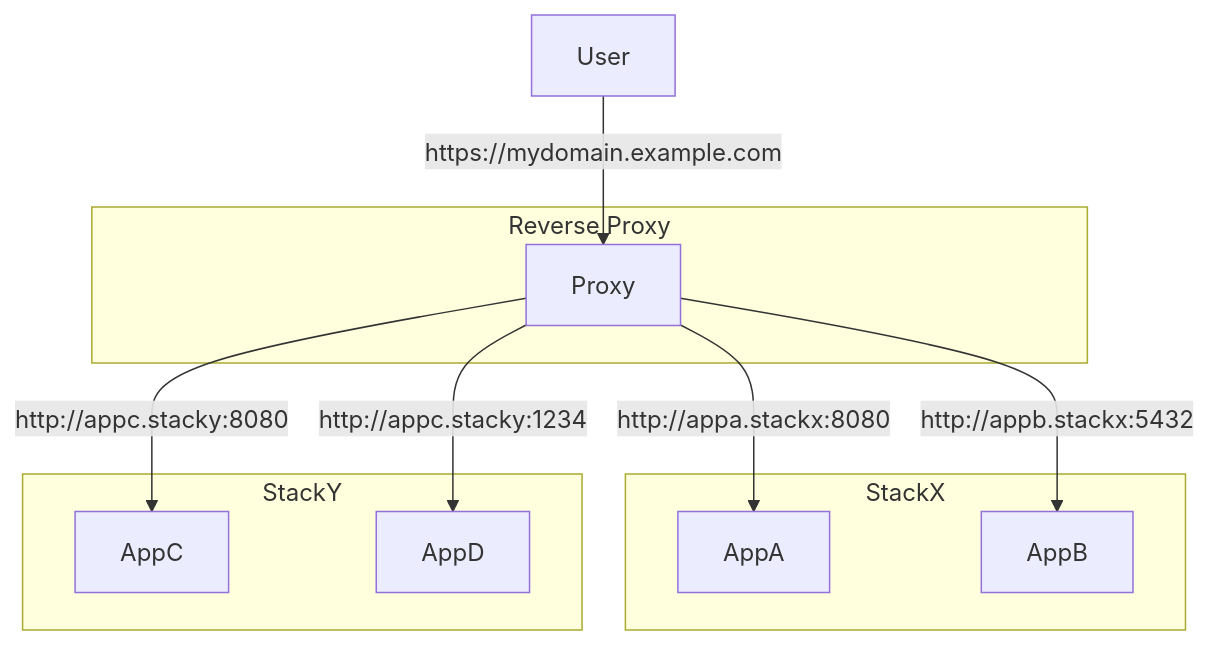
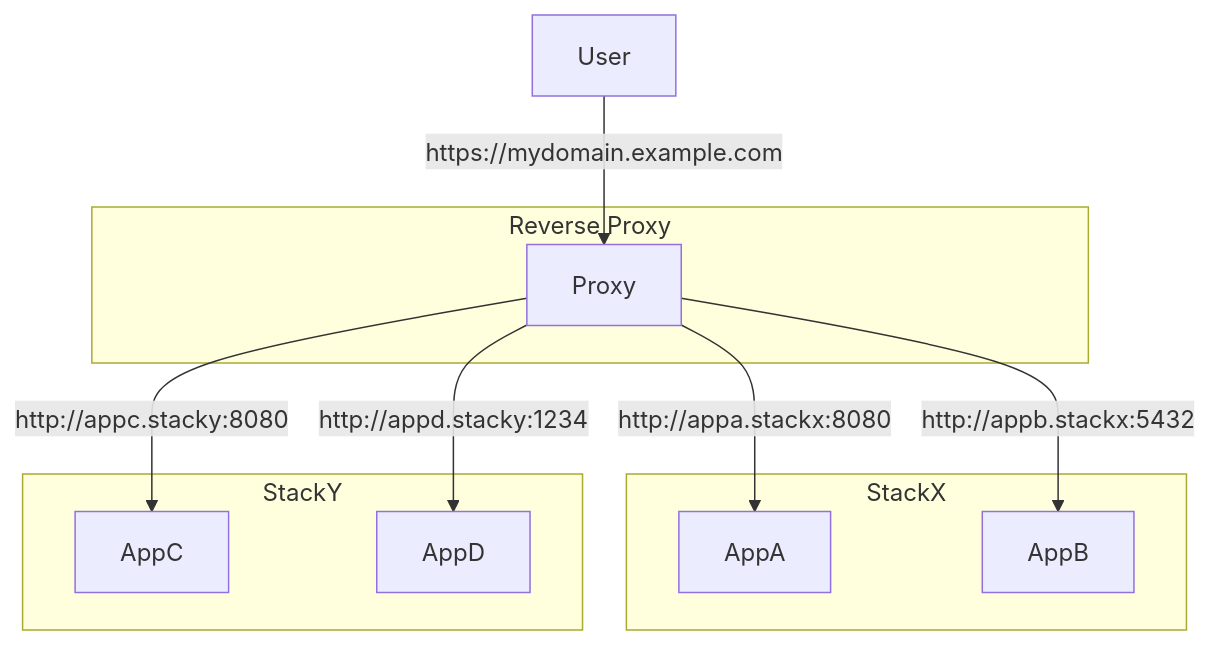
Before and after one commit to brightsparklabs/bsl-forward-proxy: the diagram in README.md, drawn with Mermaid. The commit also changed other lines of this file, not shown here.

````diff
--- a/README.md
+++ b/README.md
@@ -7,29 +9,29 @@
 ```mermaid
   graph TD
 
     U["User"]
 
     %% Reverse Proxy stack.
     subgraph RP ["Reverse Proxy"]
         P["Proxy"]
     end
 
     %% StackX
     subgraph SX ["StackX"]
         A["AppA"]
         B["AppB"]
     end
 
     %% StackY
     subgraph SY ["StackY"]
         C["AppC"]
         D["AppD"]
     end
 
     %% Edges
     U -->|"https#58;//mydomain.example.com"| P
     P -->|"http#58;//appa.stackx:8080"| A
     P -->|"http#58;//appb.stackx:5432"| B
     P -->|"http#58;//appc.stacky:8080"| C
-    P -->|"http#58;//appc.stacky:1234"| D
+    P -->|"http#58;//appd.stacky:1234"| D
 ```
````
